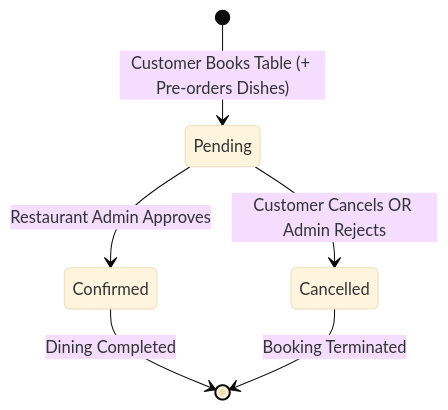
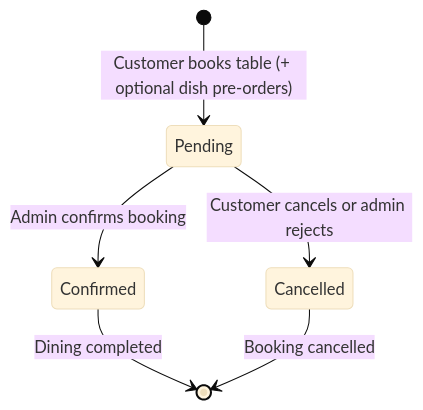
Before and after one commit to Afonsojlc/restaurant-api: the third of 3 diagrams in README.md, drawn with Mermaid (base theme). The commit also changed other lines of this file, not shown here.

````diff
--- a/README.md
+++ b/README.md
@@ -112,8 +113,8 @@
 ```mermaid
 stateDiagram-v2
-    [*] --> Pending : Customer Books Table (+ Pre-orders Dishes)
-    Pending --> Confirmed : Restaurant Admin Approves
-    Pending --> Cancelled : Customer Cancels OR Admin Rejects
-    Confirmed --> [*] : Dining Completed
-    Cancelled --> [*] : Booking Terminated
+    [*] --> Pending : Customer books table (+ optional dish pre-orders)
+    Pending --> Confirmed : Admin confirms booking
+    Pending --> Cancelled : Customer cancels or admin rejects
+    Confirmed --> [*] : Dining completed
+    Cancelled --> [*] : Booking cancelled
 ```
````
